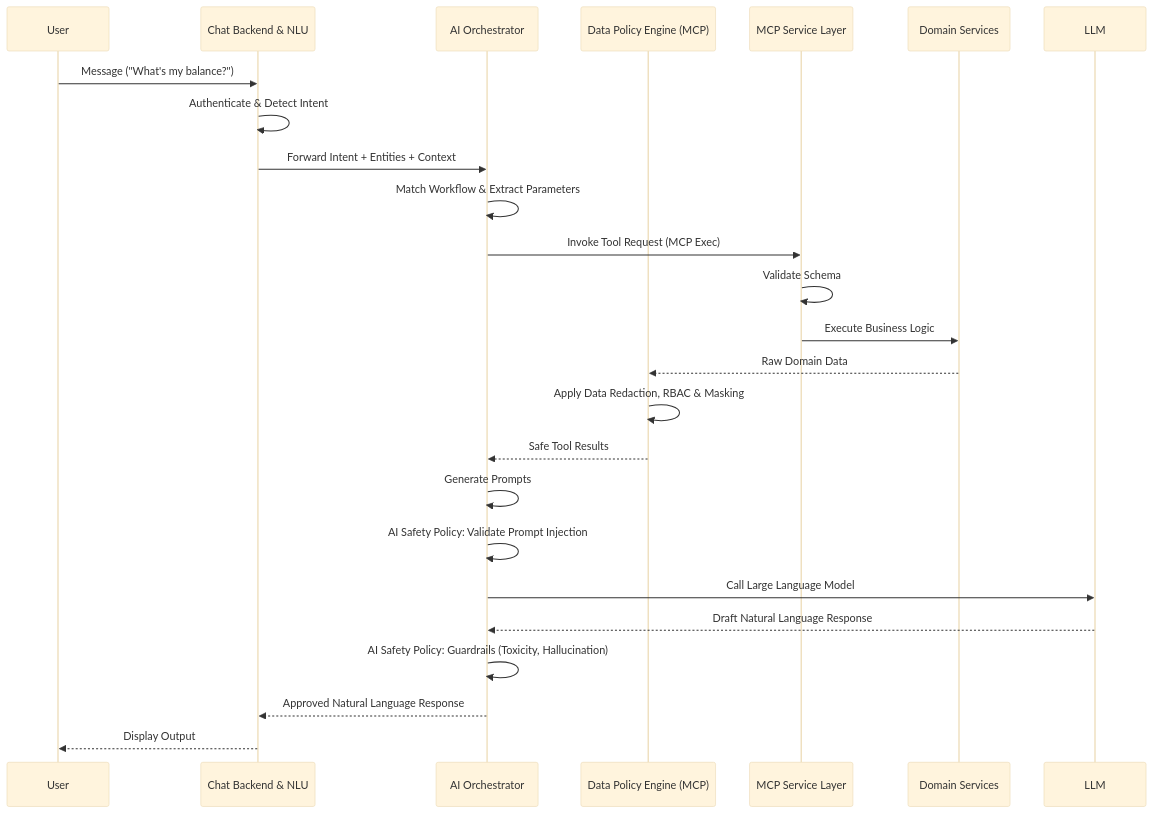
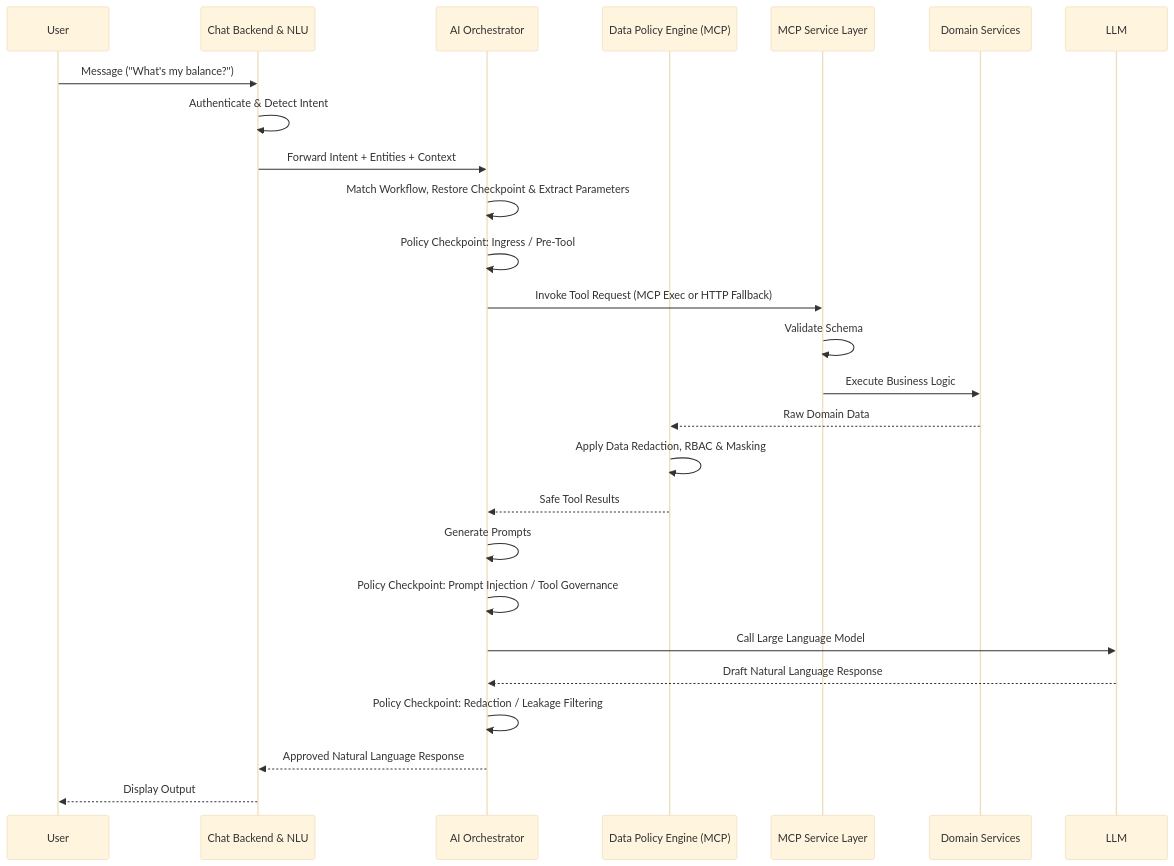
The second of 3 diagrams in docs/archive/white+paper_banking_chat.md (kishorekota-dev/map_demo), drawn with Mermaid (base theme) before and after one commit. The commit also changed other lines of this file and 97 other files, not shown here.

````diff
--- a/docs/archive/white+paper_banking_chat.md
+++ b/docs/archive/white+paper_banking_chat.md
@@ -149,27 +151,28 @@
 ```mermaid
 sequenceDiagram
     participant User
     participant ChatBackend as Chat Backend & NLU
     participant Orchestrator as AI Orchestrator
     participant MCPPly as Data Policy Engine (MCP)
     participant MCP as MCP Service Layer
     participant Domain as Domain Services
     
     User->>ChatBackend: Message ("What's my balance?")
     ChatBackend->>ChatBackend: Authenticate & Detect Intent
     ChatBackend->>Orchestrator: Forward Intent + Entities + Context
-    Orchestrator->>Orchestrator: Match Workflow & Extract Parameters
-    Orchestrator->>MCP: Invoke Tool Request (MCP Exec)
+    Orchestrator->>Orchestrator: Match Workflow, Restore Checkpoint & Extract Parameters
+    Orchestrator->>Orchestrator: Policy Checkpoint: Ingress / Pre-Tool
+    Orchestrator->>MCP: Invoke Tool Request (MCP Exec or HTTP Fallback)
     MCP->>MCP: Validate Schema
     MCP->>Domain: Execute Business Logic
     Domain-->>MCPPly: Raw Domain Data
     MCPPly->>MCPPly: Apply Data Redaction, RBAC & Masking
     MCPPly-->>Orchestrator: Safe Tool Results
     Orchestrator->>Orchestrator: Generate Prompts
-    Orchestrator->>Orchestrator: AI Safety Policy: Validate Prompt Injection
+    Orchestrator->>Orchestrator: Policy Checkpoint: Prompt Injection / Tool Governance
     Orchestrator->>LLM: Call Large Language Model
     LLM-->>Orchestrator: Draft Natural Language Response
-    Orchestrator->>Orchestrator: AI Safety Policy: Guardrails (Toxicity, Hallucination)
+    Orchestrator->>Orchestrator: Policy Checkpoint: Redaction / Leakage Filtering
     Orchestrator-->>ChatBackend: Approved Natural Language Response
     ChatBackend-->>User: Display Output
 ```
````
